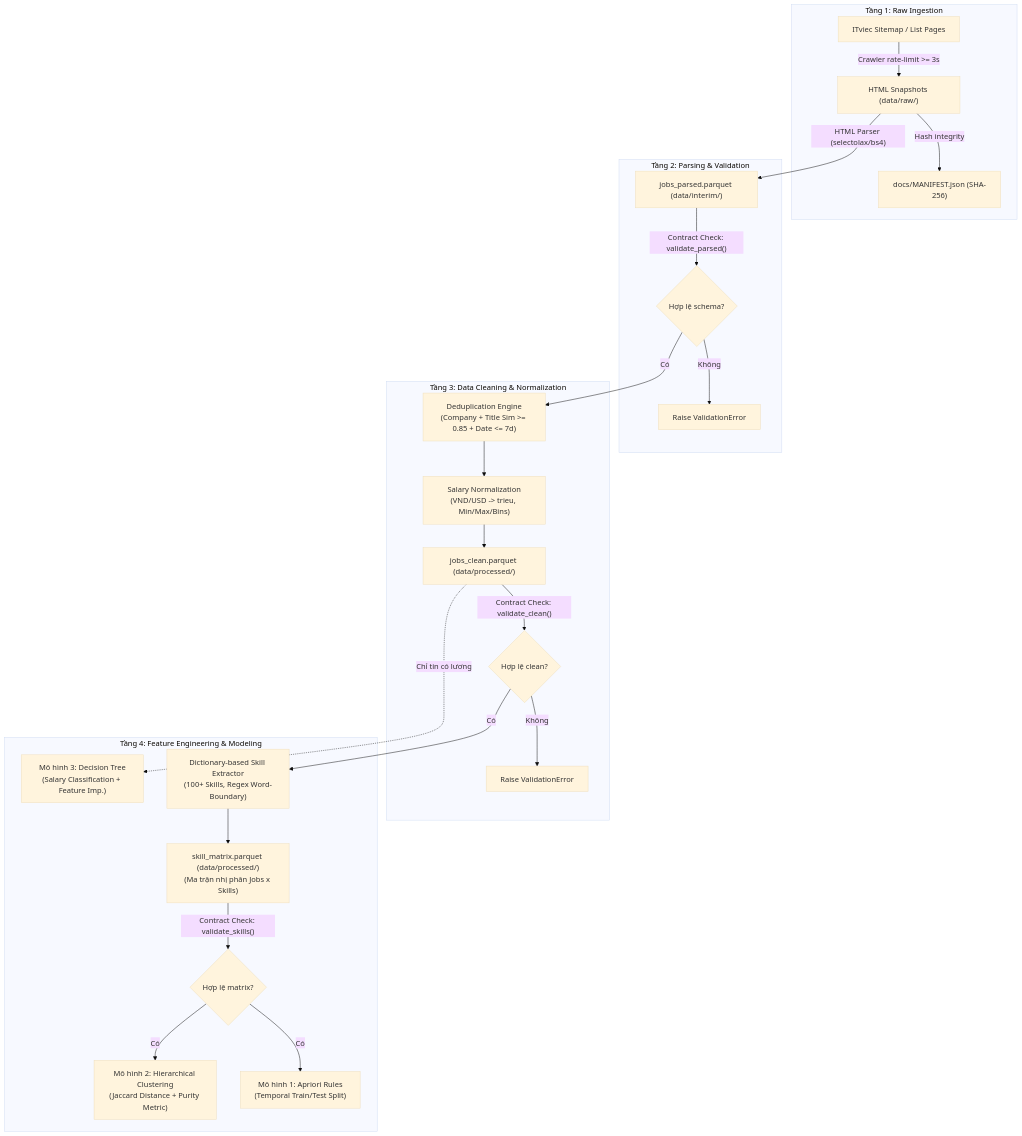
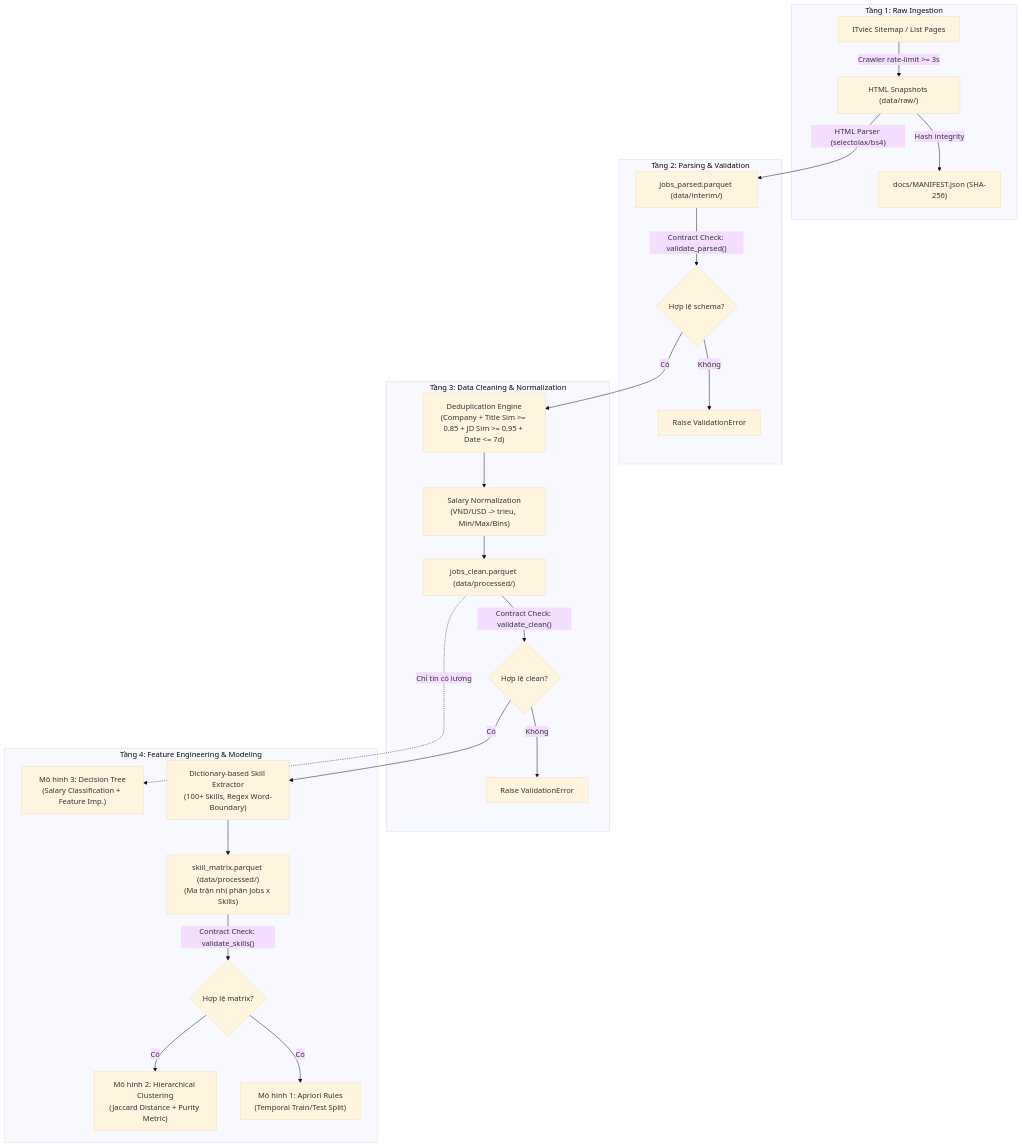
Before and after one commit to dogtoro/Labor-Market-Intelligence: the diagram in README.md, drawn with Mermaid (base theme). The commit also changed other lines of this file and 8 other files, not shown here.

````diff
--- a/README.md
+++ b/README.md
@@ -72,31 +72,31 @@
 ```mermaid
 flowchart TD
     subgraph L1["Tầng 1: Raw Ingestion"]
         Sitemap["ITviec Sitemap / List Pages"] -->|"Crawler rate-limit >= 3s"| RawHTML["HTML Snapshots (data/raw/)"]
         RawHTML -->|"Hash integrity"| Manifest["docs/MANIFEST.json (SHA-256)"]
     end
 
     subgraph L2["Tầng 2: Parsing & Validation"]
         RawHTML -->|"HTML Parser (selectolax/bs4)"| ParsedDF["jobs_parsed.parquet (data/interim/)"]
         ParsedDF -->|"Contract Check: validate_parsed()"| V1{"Hợp lệ schema?"}
         V1 -->|"Không"| Alert1["Raise ValidationError"]
     end
 
     subgraph L3["Tầng 3: Data Cleaning & Normalization"]
-        V1 -->|"Có"| Dedup["Deduplication Engine<br/>(Company + Title Sim >= 0.85 + Date <= 7d)"]
+        V1 -->|"Có"| Dedup["Deduplication Engine<br/>(Company + Title Sim >= 0.85 + JD Sim >= 0.95 + Date <= 7d)"]
         Dedup --> SalaryParser["Salary Normalization<br/>(VND/USD -> trieu, Min/Max/Bins)"]
         SalaryParser --> CleanDF["jobs_clean.parquet (data/processed/)"]
         CleanDF -->|"Contract Check: validate_clean()"| V2{"Hợp lệ clean?"}
         V2 -->|"Không"| Alert2["Raise ValidationError"]
     end
 
     subgraph L4["Tầng 4: Feature Engineering & Modeling"]
         V2 -->|"Có"| SkillExtractor["Dictionary-based Skill Extractor<br/>(100+ Skills, Regex Word-Boundary)"]
         SkillExtractor --> SkillMatrix["skill_matrix.parquet (data/processed/)<br/>(Ma trận nhị phân Jobs x Skills)"]
         SkillMatrix -->|"Contract Check: validate_skills()"| V3{"Hợp lệ matrix?"}
         
         V3 -->|"Có"| M1["Mô hình 1: Apriori Rules<br/>(Temporal Train/Test Split)"]
         V3 -->|"Có"| M2["Mô hình 2: Hierarchical Clustering<br/>(Jaccard Distance + Purity Metric)"]
         CleanDF -.->|"Chỉ tin có lương"| M3["Mô hình 3: Decision Tree<br/>(Salary Classification + Feature Imp.)"]
     end
 ```
````
